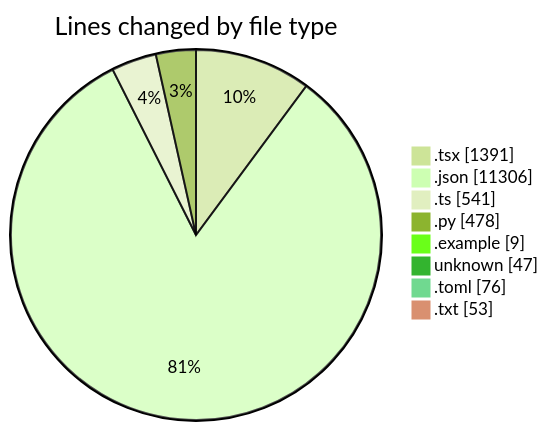
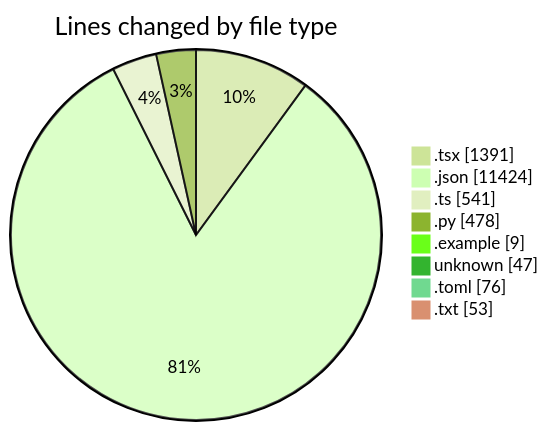
The first of 2 diagrams in 2025-04-30/niten/README.md (Elitesun/code-tracking), drawn with Mermaid (forest theme) before and after one commit. The commit also changed other lines of this file and 1 other file, not shown here.

````diff
--- a/2025-04-30/niten/README.md
+++ b/2025-04-30/niten/README.md
@@ -64,12 +65,12 @@
 ```mermaid
 pie showData
 title Lines changed by file type
 ".tsx" : 1391
-".json" : 11306
+".json" : 11424
 ".ts" : 541
 ".py" : 478
 ".example" : 9
 "unknown" : 47
 ".toml" : 76
 ".txt" : 53
 ```
````
